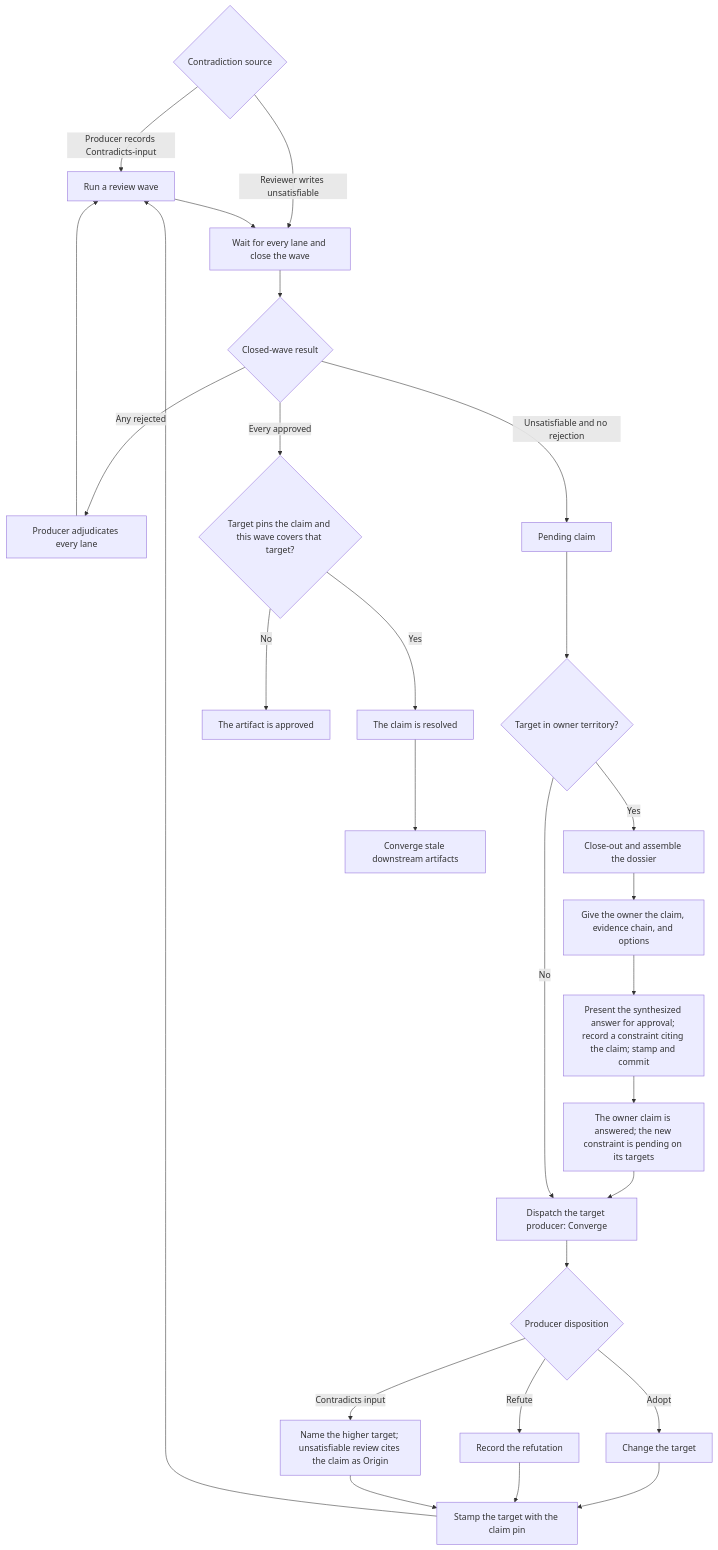
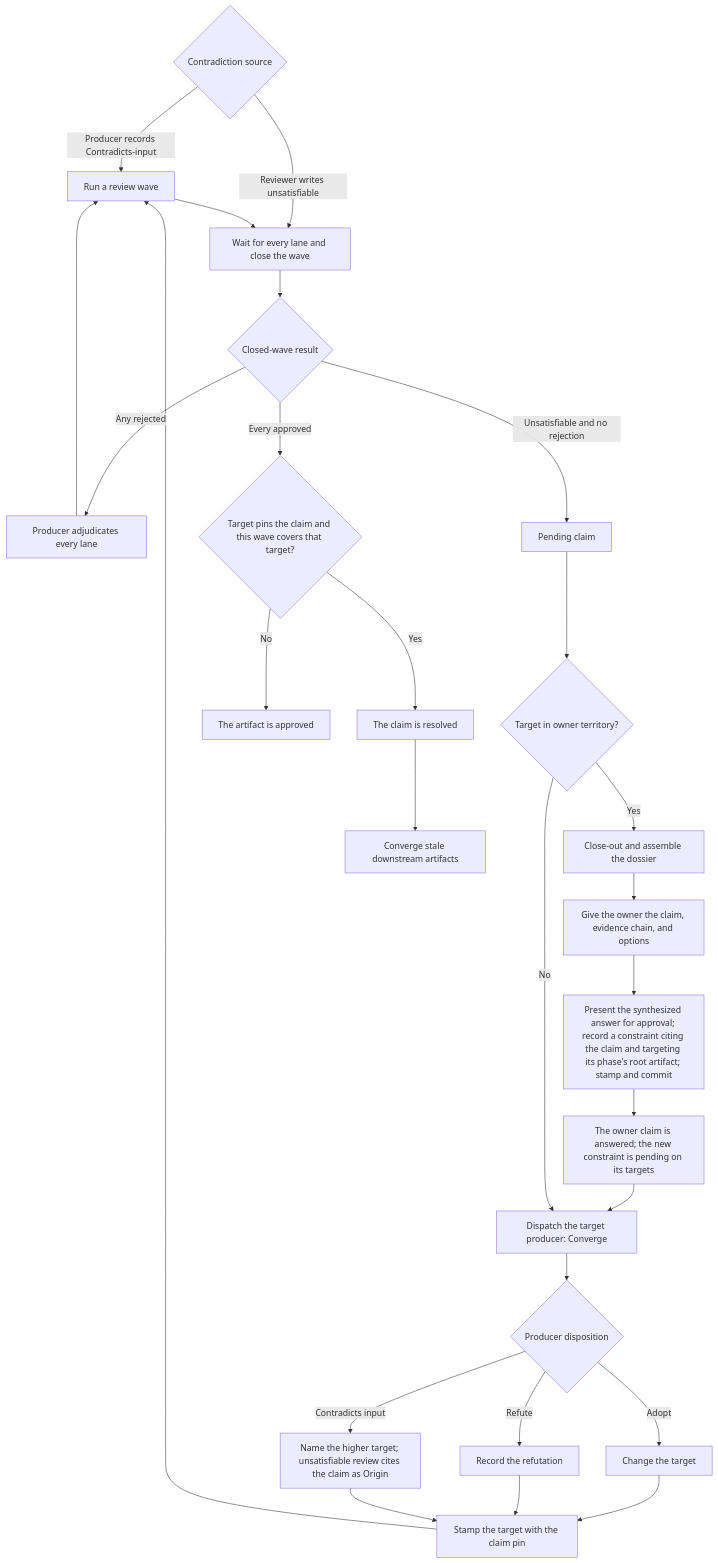
The diagram in docs/flowcharts/escalation.md (Automattic/radical-pipelines), drawn with Mermaid before and after one commit. The commit also changed 8 other files, not shown here.

````diff
--- a/docs/flowcharts/escalation.md
+++ b/docs/flowcharts/escalation.md
@@ -5,29 +5,29 @@
 ```mermaid
 flowchart TD
     START{"Contradiction source"} -->|Producer records Contradicts-input| A["Run a review wave"]
     START -->|Reviewer writes unsatisfiable| C
     A --> C["Wait for every lane and close the wave"]
     C --> D{"Closed-wave result"}
     D -->|Any rejected| E["Producer adjudicates every lane"]
     E --> A
     D -->|Every approved| F{"Target pins the claim and this wave covers that target?"}
     F -->|Yes| RESOLVED["The claim is resolved"]
     F -->|No| APPROVED["The artifact is approved"]
     D -->|Unsatisfiable and no rejection| G["Pending claim"]
     G --> H{"Target in owner territory?"}
     H -->|Yes| I["Close-out and assemble the dossier"]
     I --> J["Give the owner the claim, evidence chain, and options"]
-    J --> K["Present the synthesized answer for approval; record a constraint citing the claim; stamp and commit"]
+    J --> K["Present the synthesized answer for approval; record a constraint citing the claim and targeting its phase's root artifact; stamp and commit"]
     K --> ANSWERED["The owner claim is answered; the new constraint is pending on its targets"]
     ANSWERED --> N
     H -->|No| N["Dispatch the target producer: Converge"]
     N --> O{"Producer disposition"}
     O -->|Adopt| P["Change the target"]
     O -->|Refute| Q["Record the refutation"]
     O -->|Contradicts input| R["Name the higher target; unsatisfiable review cites the claim as Origin"]
     P --> S["Stamp the target with the claim pin"]
     Q --> S
     R --> S
     S --> A
     RESOLVED --> CASCADE["Converge stale downstream artifacts"]
 ```
````
